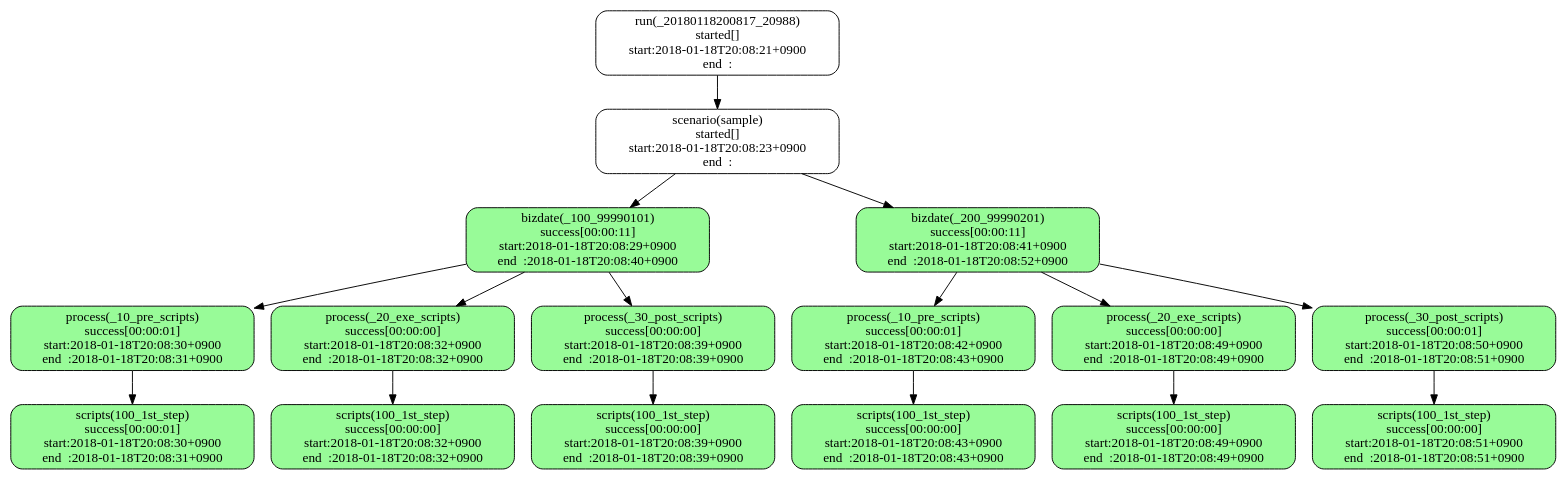
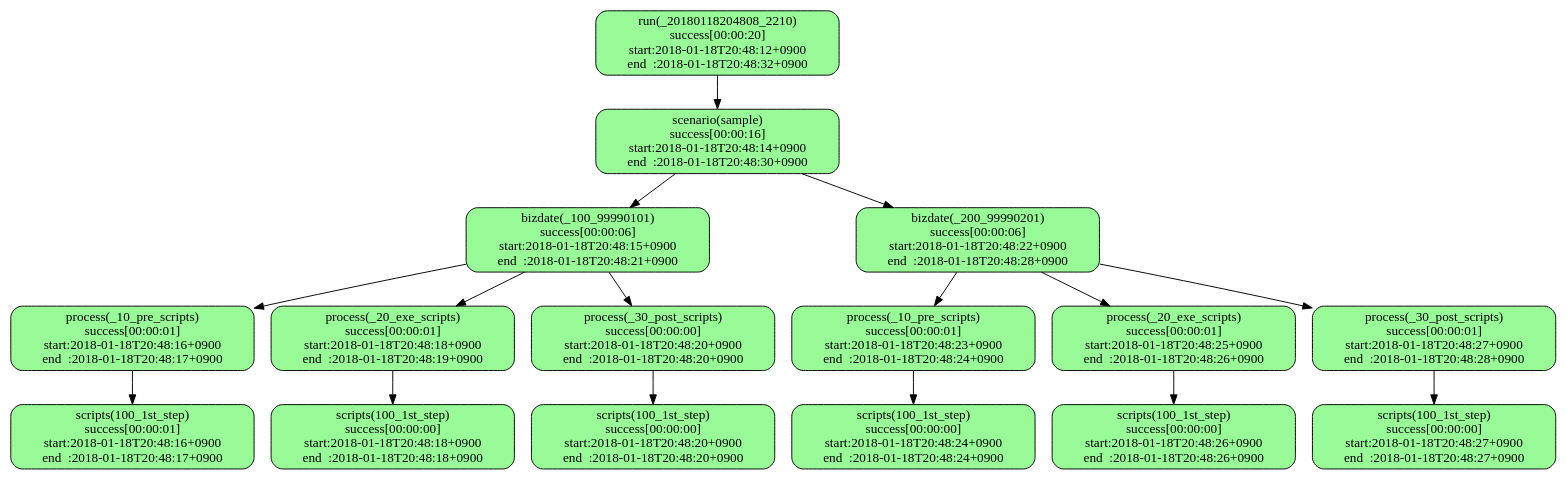
One commit to tkhr-sait/stfw-result-viewer-rails changed the diagram in sample.dot. Above: the diagram before and after it, drawn with Graphviz. The commit also changed 5 other files, not shown here.

```diff
--- a/sample.dot
+++ b/sample.dot
@@ -1,33 +1,33 @@
 digraph G {
-  x20180118200817x20988xrun[label="run(_20180118200817_20988)\nstarted[]\nstart:2018-01-18T20:08:21+0900\nend  :",shape="box",style="filled,rounded",fillcolor="white"];
-  x20180118200817x20988xrunxsample[label="scenario(sample)\nstarted[]\nstart:2018-01-18T20:08:23+0900\nend  :",shape="box",style="filled,rounded",fillcolor="white"];
-  x20180118200817x20988xrunxsamplexx100x99990101[label="bizdate(_100_99990101)\nsuccess[00:00:11]\nstart:2018-01-18T20:08:29+0900\nend  :2018-01-18T20:08:40+0900",shape="box",style="filled,rounded",fillcolor="palegreen"];
-  x20180118200817x20988xrunxsamplexx100x99990101xx10xprexscripts[label="process(_10_pre_scripts)\nsuccess[00:00:01]\nstart:2018-01-18T20:08:30+0900\nend  :2018-01-18T20:08:31+0900",shape="box",style="filled,rounded",fillcolor="palegreen"];
-  x20180118200817x20988xrunxsamplexx100x99990101xx10xprexscriptsx100x1stxstep[label="scripts(100_1st_step)\nsuccess[00:00:01]\nstart:2018-01-18T20:08:30+0900\nend  :2018-01-18T20:08:31+0900",shape="box",style="filled,rounded",fillcolor="palegreen"];
-  x20180118200817x20988xrunxsamplexx100x99990101xx20xexexscripts[label="process(_20_exe_scripts)\nsuccess[00:00:00]\nstart:2018-01-18T20:08:32+0900\nend  :2018-01-18T20:08:32+0900",shape="box",style="filled,rounded",fillcolor="palegreen"];
-  x20180118200817x20988xrunxsamplexx100x99990101xx20xexexscriptsx100x1stxstep[label="scripts(100_1st_step)\nsuccess[00:00:00]\nstart:2018-01-18T20:08:32+0900\nend  :2018-01-18T20:08:32+0900",shape="box",style="filled,rounded",fillcolor="palegreen"];
-  x20180118200817x20988xrunxsamplexx100x99990101xx30xpostxscripts[label="process(_30_post_scripts)\nsuccess[00:00:00]\nstart:2018-01-18T20:08:39+0900\nend  :2018-01-18T20:08:39+0900",shape="box",style="filled,rounded",fillcolor="palegreen"];
-  x20180118200817x20988xrunxsamplexx100x99990101xx30xpostxscriptsx100x1stxstep[label="scripts(100_1st_step)\nsuccess[00:00:00]\nstart:2018-01-18T20:08:39+0900\nend  :2018-01-18T20:08:39+0900",shape="box",style="filled,rounded",fillcolor="palegreen"];
-  x20180118200817x20988xrunxsamplexx200x99990201[label="bizdate(_200_99990201)\nsuccess[00:00:11]\nstart:2018-01-18T20:08:41+0900\nend  :2018-01-18T20:08:52+0900",shape="box",style="filled,rounded",fillcolor="palegreen"];
-  x20180118200817x20988xrunxsamplexx200x99990201xx10xprexscripts[label="process(_10_pre_scripts)\nsuccess[00:00:01]\nstart:2018-01-18T20:08:42+0900\nend  :2018-01-18T20:08:43+0900",shape="box",style="filled,rounded",fillcolor="palegreen"];
-  x20180118200817x20988xrunxsamplexx200x99990201xx10xprexscriptsx100x1stxstep[label="scripts(100_1st_step)\nsuccess[00:00:00]\nstart:2018-01-18T20:08:43+0900\nend  :2018-01-18T20:08:43+0900",shape="box",style="filled,rounded",fillcolor="palegreen"];
-  x20180118200817x20988xrunxsamplexx200x99990201xx20xexexscripts[label="process(_20_exe_scripts)\nsuccess[00:00:00]\nstart:2018-01-18T20:08:49+0900\nend  :2018-01-18T20:08:49+0900",shape="box",style="filled,rounded",fillcolor="palegreen"];
-  x20180118200817x20988xrunxsamplexx200x99990201xx20xexexscriptsx100x1stxstep[label="scripts(100_1st_step)\nsuccess[00:00:00]\nstart:2018-01-18T20:08:49+0900\nend  :2018-01-18T20:08:49+0900",shape="box",style="filled,rounded",fillcolor="palegreen"];
-  x20180118200817x20988xrunxsamplexx200x99990201xx30xpostxscripts[label="process(_30_post_scripts)\nsuccess[00:00:01]\nstart:2018-01-18T20:08:50+0900\nend  :2018-01-18T20:08:51+0900",shape="box",style="filled,rounded",fillcolor="palegreen"];
-  x20180118200817x20988xrunxsamplexx200x99990201xx30xpostxscriptsx100x1stxstep[label="scripts(100_1st_step)\nsuccess[00:00:00]\nstart:2018-01-18T20:08:51+0900\nend  :2018-01-18T20:08:51+0900",shape="box",style="filled,rounded",fillcolor="palegreen"];
-  x20180118200817x20988xrun -> x20180118200817x20988xrunxsample;
-  x20180118200817x20988xrunxsample -> x20180118200817x20988xrunxsamplexx100x99990101;
-  x20180118200817x20988xrunxsamplexx100x99990101 -> x20180118200817x20988xrunxsamplexx100x99990101xx10xprexscripts;
-  x20180118200817x20988xrunxsamplexx100x99990101xx10xprexscripts -> x20180118200817x20988xrunxsamplexx100x99990101xx10xprexscriptsx100x1stxstep;
-  x20180118200817x20988xrunxsamplexx100x99990101 -> x20180118200817x20988xrunxsamplexx100x99990101xx20xexexscripts;
-  x20180118200817x20988xrunxsamplexx100x99990101xx20xexexscripts -> x20180118200817x20988xrunxsamplexx100x99990101xx20xexexscriptsx100x1stxstep;
-  x20180118200817x20988xrunxsamplexx100x99990101 -> x20180118200817x20988xrunxsamplexx100x99990101xx30xpostxscripts;
-  x20180118200817x20988xrunxsamplexx100x99990101xx30xpostxscripts -> x20180118200817x20988xrunxsamplexx100x99990101xx30xpostxscriptsx100x1stxstep;
-  x20180118200817x20988xrunxsample -> x20180118200817x20988xrunxsamplexx200x99990201;
-  x20180118200817x20988xrunxsamplexx200x99990201 -> x20180118200817x20988xrunxsamplexx200x99990201xx10xprexscripts;
-  x20180118200817x20988xrunxsamplexx200x99990201xx10xprexscripts -> x20180118200817x20988xrunxsamplexx200x99990201xx10xprexscriptsx100x1stxstep;
-  x20180118200817x20988xrunxsamplexx200x99990201 -> x20180118200817x20988xrunxsamplexx200x99990201xx20xexexscripts;
-  x20180118200817x20988xrunxsamplexx200x99990201xx20xexexscripts -> x20180118200817x20988xrunxsamplexx200x99990201xx20xexexscriptsx100x1stxstep;
-  x20180118200817x20988xrunxsamplexx200x99990201 -> x20180118200817x20988xrunxsamplexx200x99990201xx30xpostxscripts;
-  x20180118200817x20988xrunxsamplexx200x99990201xx30xpostxscripts -> x20180118200817x20988xrunxsamplexx200x99990201xx30xpostxscriptsx100x1stxstep;
+  x20180118204808x2210xrun[label="run(_20180118204808_2210)\nsuccess[00:00:20]\nstart:2018-01-18T20:48:12+0900\nend  :2018-01-18T20:48:32+0900",shape="box",style="filled,rounded",fillcolor="palegreen"];
+  x20180118204808x2210xrunxsample[label="scenario(sample)\nsuccess[00:00:16]\nstart:2018-01-18T20:48:14+0900\nend  :2018-01-18T20:48:30+0900",shape="box",style="filled,rounded",fillcolor="palegreen"];
+  x20180118204808x2210xrunxsamplexx100x99990101[label="bizdate(_100_99990101)\nsuccess[00:00:06]\nstart:2018-01-18T20:48:15+0900\nend  :2018-01-18T20:48:21+0900",shape="box",style="filled,rounded",fillcolor="palegreen"];
+  x20180118204808x2210xrunxsamplexx100x99990101xx10xprexscripts[label="process(_10_pre_scripts)\nsuccess[00:00:01]\nstart:2018-01-18T20:48:16+0900\nend  :2018-01-18T20:48:17+0900",shape="box",style="filled,rounded",fillcolor="palegreen"];
+  x20180118204808x2210xrunxsamplexx100x99990101xx10xprexscriptsx100x1stxstep[label="scripts(100_1st_step)\nsuccess[00:00:01]\nstart:2018-01-18T20:48:16+0900\nend  :2018-01-18T20:48:17+0900",shape="box",style="filled,rounded",fillcolor="palegreen"];
+  x20180118204808x2210xrunxsamplexx100x99990101xx20xexexscripts[label="process(_20_exe_scripts)\nsuccess[00:00:01]\nstart:2018-01-18T20:48:18+0900\nend  :2018-01-18T20:48:19+0900",shape="box",style="filled,rounded",fillcolor="palegreen"];
+  x20180118204808x2210xrunxsamplexx100x99990101xx20xexexscriptsx100x1stxstep[label="scripts(100_1st_step)\nsuccess[00:00:00]\nstart:2018-01-18T20:48:18+0900\nend  :2018-01-18T20:48:18+0900",shape="box",style="filled,rounded",fillcolor="palegreen"];
+  x20180118204808x2210xrunxsamplexx100x99990101xx30xpostxscripts[label="process(_30_post_scripts)\nsuccess[00:00:00]\nstart:2018-01-18T20:48:20+0900\nend  :2018-01-18T20:48:20+0900",shape="box",style="filled,rounded",fillcolor="palegreen"];
+  x20180118204808x2210xrunxsamplexx100x99990101xx30xpostxscriptsx100x1stxstep[label="scripts(100_1st_step)\nsuccess[00:00:00]\nstart:2018-01-18T20:48:20+0900\nend  :2018-01-18T20:48:20+0900",shape="box",style="filled,rounded",fillcolor="palegreen"];
+  x20180118204808x2210xrunxsamplexx200x99990201[label="bizdate(_200_99990201)\nsuccess[00:00:06]\nstart:2018-01-18T20:48:22+0900\nend  :2018-01-18T20:48:28+0900",shape="box",style="filled,rounded",fillcolor="palegreen"];
+  x20180118204808x2210xrunxsamplexx200x99990201xx10xprexscripts[label="process(_10_pre_scripts)\nsuccess[00:00:01]\nstart:2018-01-18T20:48:23+0900\nend  :2018-01-18T20:48:24+0900",shape="box",style="filled,rounded",fillcolor="palegreen"];
+  x20180118204808x2210xrunxsamplexx200x99990201xx10xprexscriptsx100x1stxstep[label="scripts(100_1st_step)\nsuccess[00:00:00]\nstart:2018-01-18T20:48:24+0900\nend  :2018-01-18T20:48:24+0900",shape="box",style="filled,rounded",fillcolor="palegreen"];
+  x20180118204808x2210xrunxsamplexx200x99990201xx20xexexscripts[label="process(_20_exe_scripts)\nsuccess[00:00:01]\nstart:2018-01-18T20:48:25+0900\nend  :2018-01-18T20:48:26+0900",shape="box",style="filled,rounded",fillcolor="palegreen"];
+  x20180118204808x2210xrunxsamplexx200x99990201xx20xexexscriptsx100x1stxstep[label="scripts(100_1st_step)\nsuccess[00:00:00]\nstart:2018-01-18T20:48:26+0900\nend  :2018-01-18T20:48:26+0900",shape="box",style="filled,rounded",fillcolor="palegreen"];
+  x20180118204808x2210xrunxsamplexx200x99990201xx30xpostxscripts[label="process(_30_post_scripts)\nsuccess[00:00:01]\nstart:2018-01-18T20:48:27+0900\nend  :2018-01-18T20:48:28+0900",shape="box",style="filled,rounded",fillcolor="palegreen"];
+  x20180118204808x2210xrunxsamplexx200x99990201xx30xpostxscriptsx100x1stxstep[label="scripts(100_1st_step)\nsuccess[00:00:00]\nstart:2018-01-18T20:48:27+0900\nend  :2018-01-18T20:48:27+0900",shape="box",style="filled,rounded",fillcolor="palegreen"];
+  x20180118204808x2210xrun -> x20180118204808x2210xrunxsample;
+  x20180118204808x2210xrunxsample -> x20180118204808x2210xrunxsamplexx100x99990101;
+  x20180118204808x2210xrunxsamplexx100x99990101 -> x20180118204808x2210xrunxsamplexx100x99990101xx10xprexscripts;
+  x20180118204808x2210xrunxsamplexx100x99990101xx10xprexscripts -> x20180118204808x2210xrunxsamplexx100x99990101xx10xprexscriptsx100x1stxstep;
+  x20180118204808x2210xrunxsamplexx100x99990101 -> x20180118204808x2210xrunxsamplexx100x99990101xx20xexexscripts;
+  x20180118204808x2210xrunxsamplexx100x99990101xx20xexexscripts -> x20180118204808x2210xrunxsamplexx100x99990101xx20xexexscriptsx100x1stxstep;
+  x20180118204808x2210xrunxsamplexx100x99990101 -> x20180118204808x2210xrunxsamplexx100x99990101xx30xpostxscripts;
+  x20180118204808x2210xrunxsamplexx100x99990101xx30xpostxscripts -> x20180118204808x2210xrunxsamplexx100x99990101xx30xpostxscriptsx100x1stxstep;
+  x20180118204808x2210xrunxsample -> x20180118204808x2210xrunxsamplexx200x99990201;
+  x20180118204808x2210xrunxsamplexx200x99990201 -> x20180118204808x2210xrunxsamplexx200x99990201xx10xprexscripts;
+  x20180118204808x2210xrunxsamplexx200x99990201xx10xprexscripts -> x20180118204808x2210xrunxsamplexx200x99990201xx10xprexscriptsx100x1stxstep;
+  x20180118204808x2210xrunxsamplexx200x99990201 -> x20180118204808x2210xrunxsamplexx200x99990201xx20xexexscripts;
+  x20180118204808x2210xrunxsamplexx200x99990201xx20xexexscripts -> x20180118204808x2210xrunxsamplexx200x99990201xx20xexexscriptsx100x1stxstep;
+  x20180118204808x2210xrunxsamplexx200x99990201 -> x20180118204808x2210xrunxsamplexx200x99990201xx30xpostxscripts;
+  x20180118204808x2210xrunxsamplexx200x99990201xx30xpostxscripts -> x20180118204808x2210xrunxsamplexx200x99990201xx30xpostxscriptsx100x1stxstep;
 }
```
